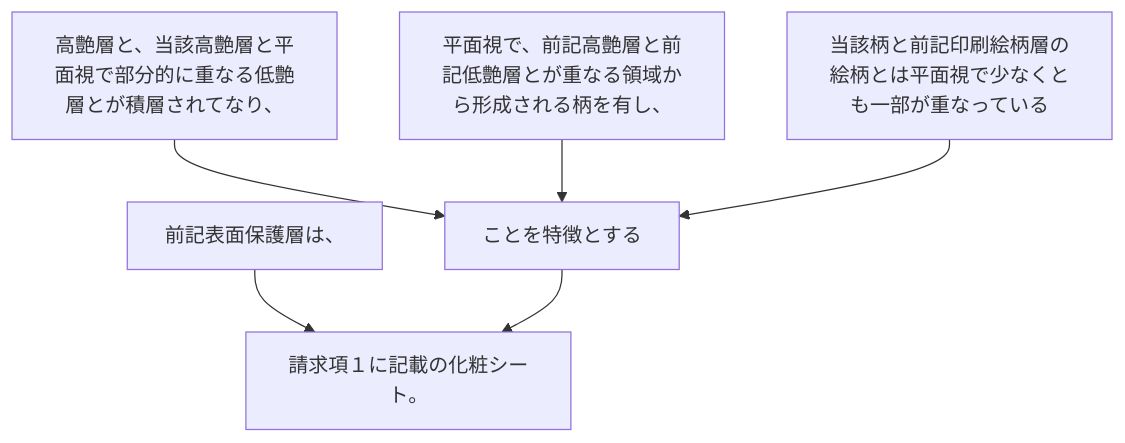
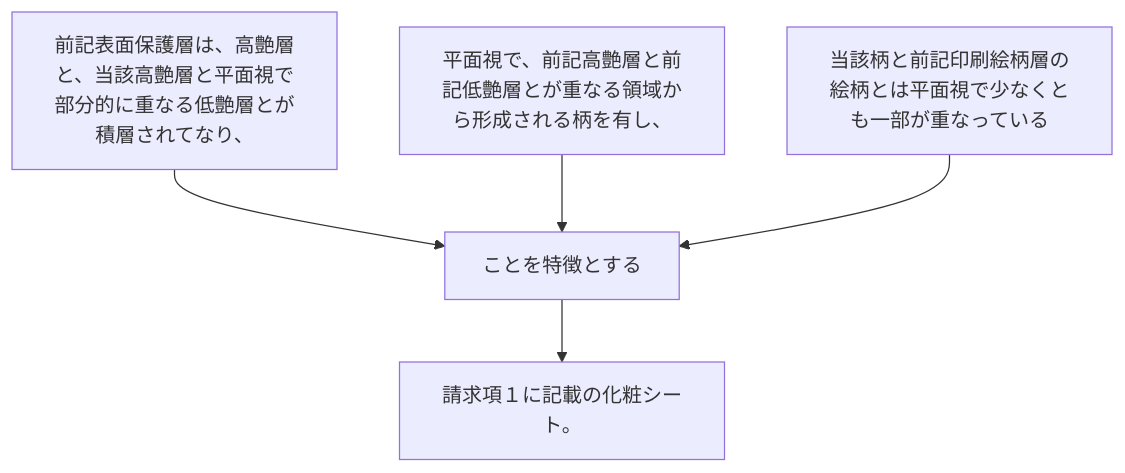
Before and after one commit to shinmori55/patent_analyzed: the diagram in 2024/JP2024006643A/claim_3/README.md, drawn with Mermaid. The commit also changed 31 other files, not shown here.

````diff
--- a/2024/JP2024006643A/claim_3/README.md
+++ b/2024/JP2024006643A/claim_3/README.md
@@ -2,14 +2,12 @@
 ```mermaid
 flowchart TD
-A[前記表面保護層は、]
-B[高艶層と、当該高艶層と平面視で部分的に重なる低艶層とが積層されてなり、]
-C[平面視で、前記高艶層と前記低艶層とが重なる領域から形成される柄を有し、]
-D[当該柄と前記印刷絵柄層の絵柄とは平面視で少なくとも一部が重なっている]
-E[ことを特徴とする]
-F[請求項１に記載の化粧シート。]
-A --> F
-B --> E
-C --> E
+A[前記表面保護層は、高艶層と、当該高艶層と平面視で部分的に重なる低艶層とが積層されてなり、]
+B[平面視で、前記高艶層と前記低艶層とが重なる領域から形成される柄を有し、]
+C[当該柄と前記印刷絵柄層の絵柄とは平面視で少なくとも一部が重なっている]
+D[ことを特徴とする]
+E[請求項１に記載の化粧シート。]
+A --> D
+B --> D
+C --> D
 D --> E
-E --> F
 ```
````
